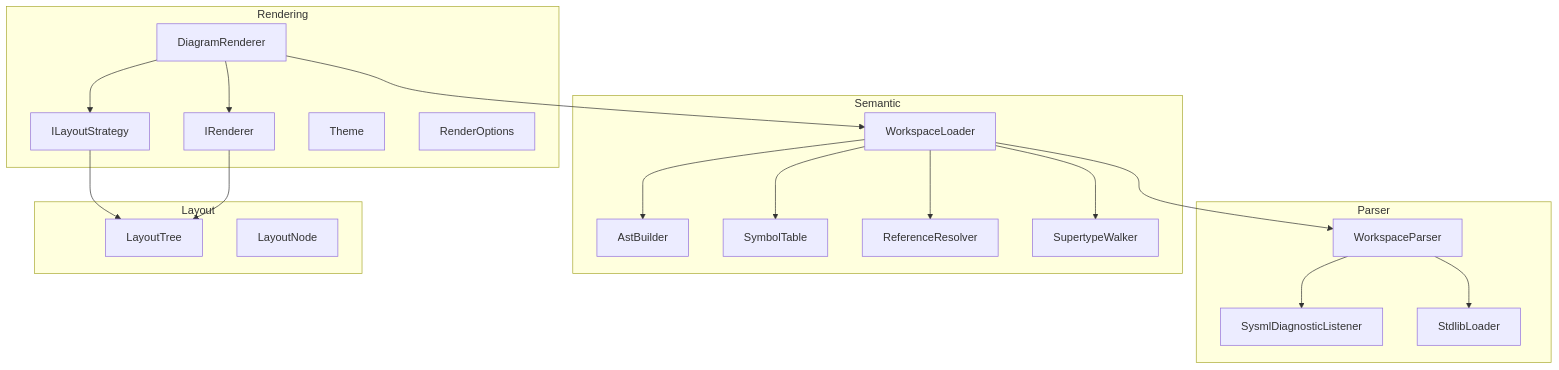
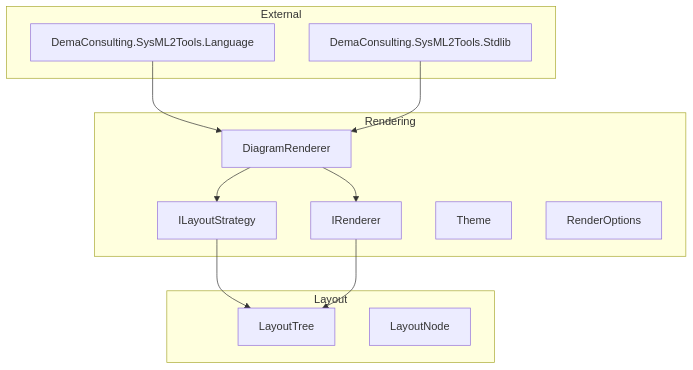
One commit to demaconsulting/SysML2Tools changed the diagram in docs/design/sysml2-tools-core.md. Above: the diagram before and after it, drawn with Mermaid. The commit also changed other lines of this file and 227 other files, not shown here.

````diff
--- a/docs/design/sysml2-tools-core.md
+++ b/docs/design/sysml2-tools-core.md
@@ -24,38 +16,24 @@
 ```mermaid
 flowchart TD
-    subgraph Parser
-        WorkspaceParser
-        SysmlDiagnosticListener
-        StdlibLoader
-    end
-    subgraph Semantic
-        WorkspaceLoader
-        AstBuilder
-        SymbolTable
-        ReferenceResolver
-        SupertypeWalker
+    subgraph External
+        Language["DemaConsulting.SysML2Tools.Language"]
+        Stdlib["DemaConsulting.SysML2Tools.Stdlib"]
     end
     subgraph Layout
         LayoutTree
         LayoutNode
     end
     subgraph Rendering
         DiagramRenderer
         ILayoutStrategy
         IRenderer
         Theme
         RenderOptions
     end
-    WorkspaceParser --> StdlibLoader
-    WorkspaceParser --> SysmlDiagnosticListener
-    WorkspaceLoader --> WorkspaceParser
-    WorkspaceLoader --> AstBuilder
-    WorkspaceLoader --> SymbolTable
-    WorkspaceLoader --> ReferenceResolver
-    WorkspaceLoader --> SupertypeWalker
+    Language --> DiagramRenderer
+    Stdlib --> DiagramRenderer
     DiagramRenderer --> ILayoutStrategy
     DiagramRenderer --> IRenderer
     ILayoutStrategy --> LayoutTree
     IRenderer --> LayoutTree
-    DiagramRenderer --> WorkspaceLoader
 ```
````
